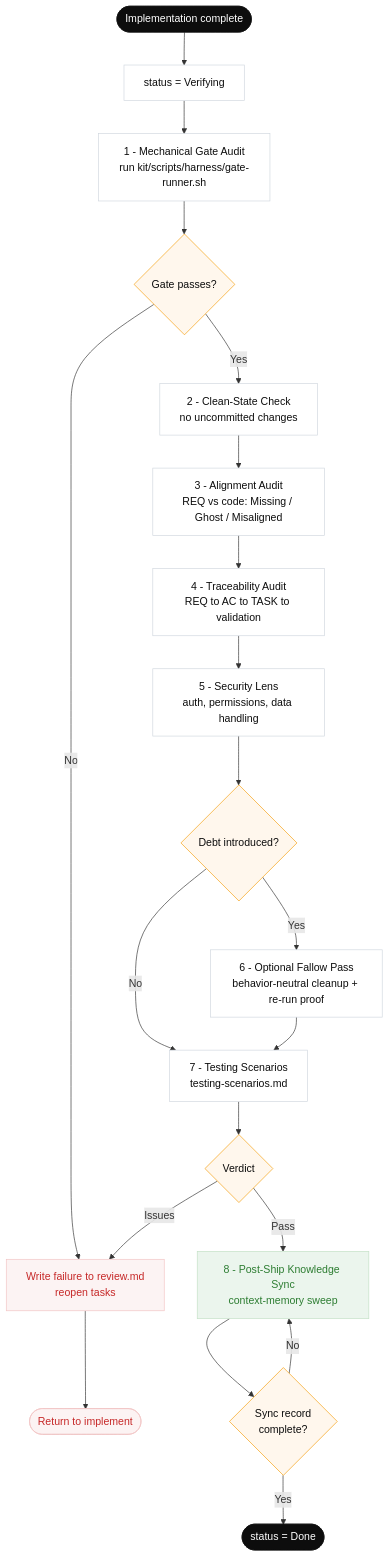
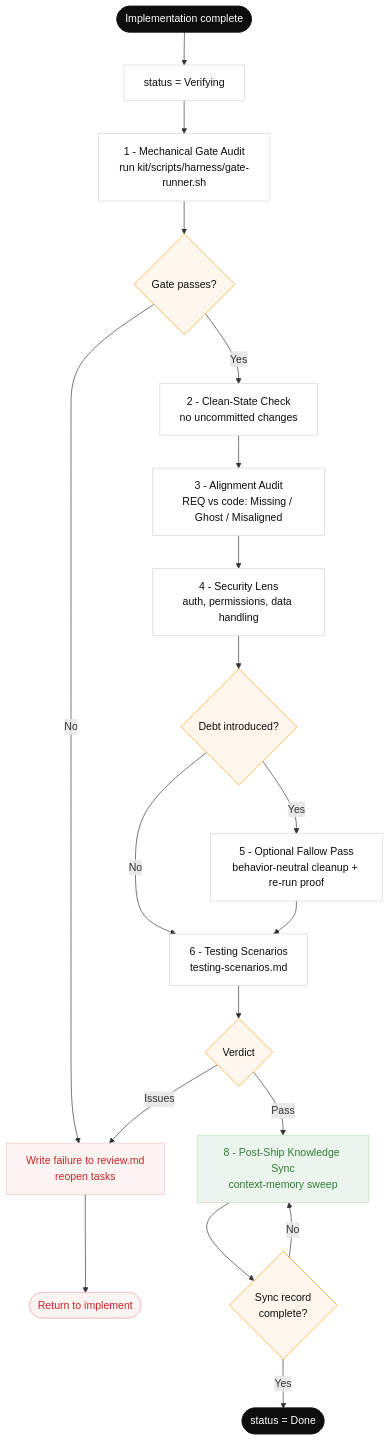
One commit to thaihai-swe/CoreZero-Nexus changed the diagram in documents/evals.md. Above: the diagram before and after it, drawn with Mermaid. The commit also changed other lines of this file and 8 other files, not shown here.

Commit message:
Refactor verification gate documentation and diagrams; update phase numbering and remove obsolete traceability audit references

````diff
--- a/documents/evals.md
+++ b/documents/evals.md
@@ -25,39 +25,38 @@
 ```mermaid
 flowchart TD
     %% Verification Gate — split modes, sole completion authority
 
     START([Implementation complete]) --> PHASE[status = Verifying]
     PHASE --> GATE[1 - Mechanical Gate Audit<br/>run kit/scripts/harness/gate-runner.sh]
 
     GATE --> GPASS{Gate passes?}
     GPASS -- No --> FAIL[Write failure to review.md<br/>reopen tasks]
     FAIL --> STOPF([Return to implement])
     GPASS -- Yes --> CLEAN[2 - Clean-State Check<br/>no uncommitted changes]
 
     CLEAN --> ALIGN[3 - Alignment Audit<br/>REQ vs code: Missing / Ghost / Misaligned]
-    ALIGN --> TRACE[4 - Traceability Audit<br/>REQ to AC to TASK to validation]
-    TRACE --> SEC[5 - Security Lens<br/>auth, permissions, data handling]
+    ALIGN --> SEC[4 - Security Lens<br/>auth, permissions, data handling]
     SEC --> FALLOW{Debt introduced?}
-    FALLOW -- Yes --> CLEANUP[6 - Optional Fallow Pass<br/>behavior-neutral cleanup + re-run proof]
+    FALLOW -- Yes --> CLEANUP[5 - Optional Fallow Pass<br/>behavior-neutral cleanup + re-run proof]
     FALLOW -- No --> SCEN
-    CLEANUP --> SCEN[7 - Testing Scenarios<br/>testing-scenarios.md]
+    CLEANUP --> SCEN[6 - Testing Scenarios<br/>testing-scenarios.md]
 
     SCEN --> VERDICT{Verdict}
     VERDICT -- Issues --> FAIL
     VERDICT -- Pass --> SYNC[8 - Post-Ship Knowledge Sync<br/>context-memory sweep]
     SYNC --> SYNCOK{Sync record<br/>complete?}
     SYNCOK -- No --> SYNC
     SYNCOK -- Yes --> DONE([status = Done])
 
     classDef terminal fill:#0d0d0d,stroke:#0d0d0d,color:#fff
     classDef decision fill:#fff7ed,stroke:#f59e0b,color:#0d0d0d
     classDef step fill:#fff,stroke:#d0d7de,color:#0d0d0d
     classDef fail fill:#fcf3f3,stroke:#f2c4c4,color:#c62828
     classDef pass fill:#ebf5ed,stroke:#c3e0c5,color:#2d7d32
 
     class START,DONE terminal
     class GPASS,FALLOW,VERDICT,SYNCOK decision
     class PHASE,GATE,CLEAN,ALIGN,TRACE,SEC,CLEANUP,SCEN step
     class FAIL,STOPF fail
     class SYNC pass
 ```
````
